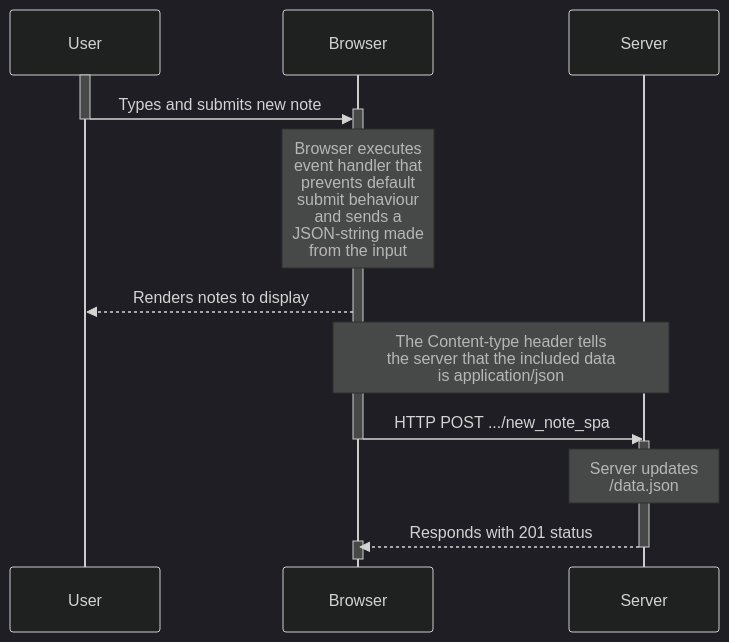
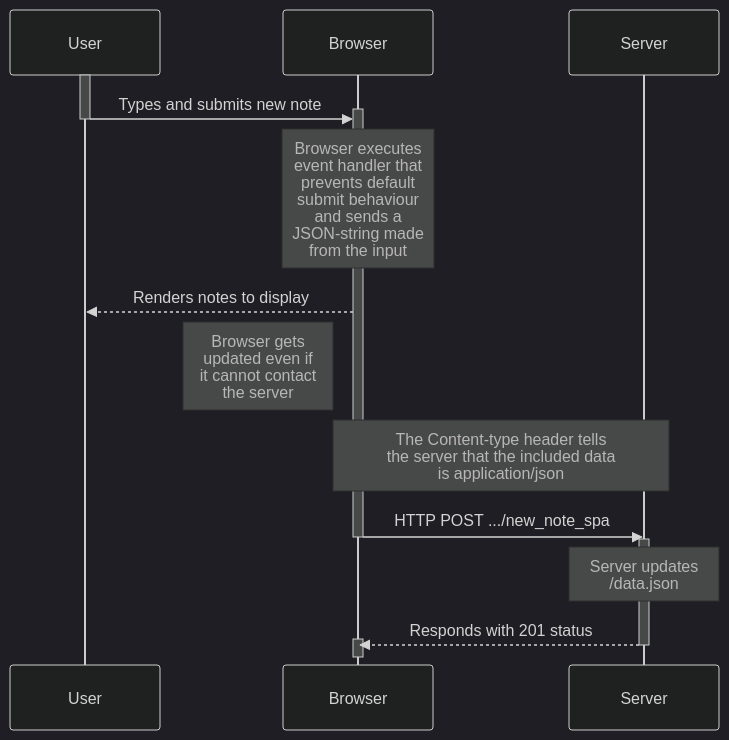
One commit to spezzers/fullstackopen2020 changed the diagram in part0/0.6 New note.md. Above: the diagram before and after it, drawn with Mermaid (dark theme). The commit also changed 1 other file, not shown here.

Commit message:
added extra note to exercise 0.6

````diff
--- a/part0/0.6 New note.md
+++ b/part0/0.6 New note.md
@@ -4,21 +4,22 @@
 ```mermaid
 sequenceDiagram
     participant u as User
     participant b as Browser
     participant s as Server
     activate u
     u ->>+ b: Types and submits new note
     deactivate u
     Note over b: Browser executes <br/> event handler that <br/> prevents default <br/> submit behaviour <br/> and sends a <br/> JSON-string made <br/>from the input 
     b-->>u: Renders notes to display
+    Note left of b: Browser gets <br/>updated even if <br/> it cannot contact <br/>the server
     activate u
     Note over b,s: The Content-type header tells <br/> the server that the included data <br/> is application/json
     b->>-s: HTTP POST .../new_note_spa
     activate s
     Note over s: Server updates <br/> /data.json
     s-->>-b: Responds with 201 status
     activate b
     deactivate b
     
 
 ```
````
